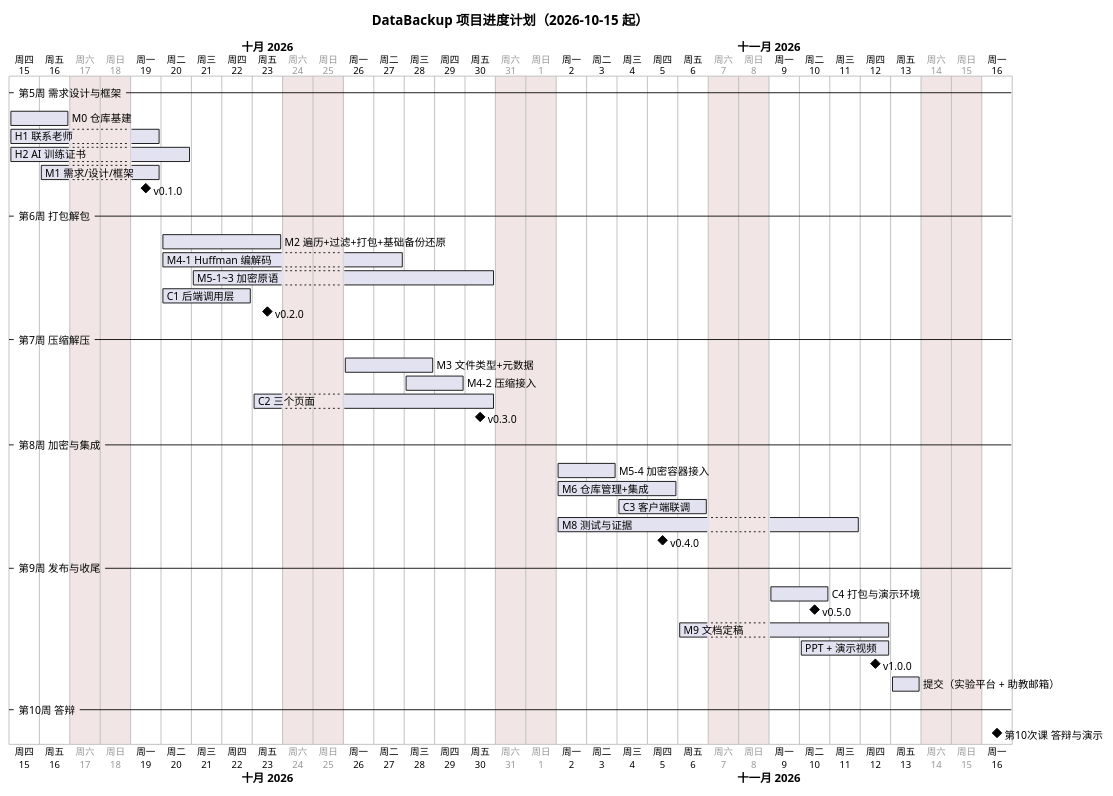
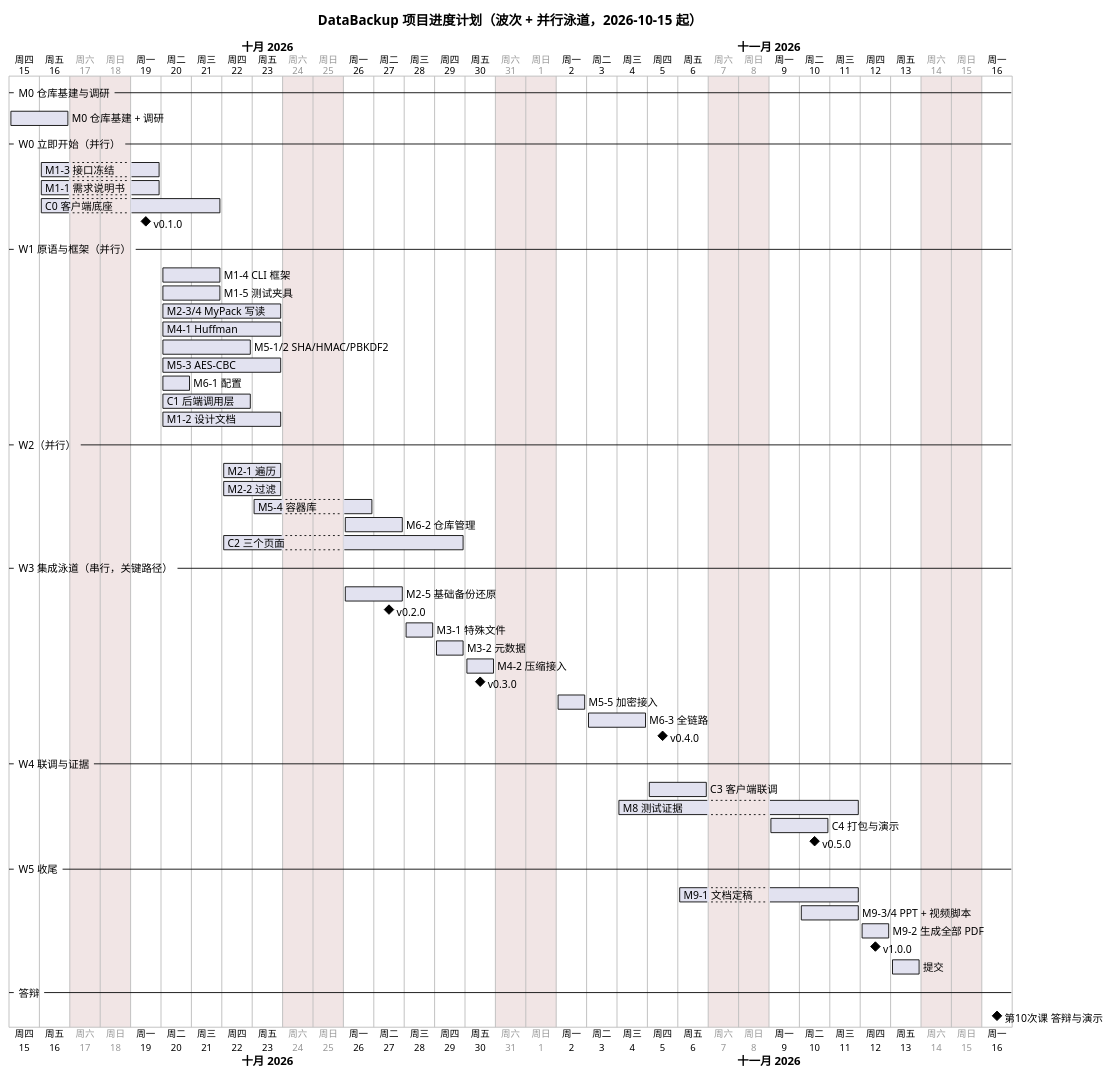
Before and after one commit to Piaoxuemoli/software-class-qoobeewang: the diagram in docs/project/diagrams/schedule-gantt.puml, drawn with PlantUML. The commit also changed 23 other files, not shown here.

```diff
--- a/docs/project/diagrams/schedule-gantt.puml
+++ b/docs/project/diagrams/schedule-gantt.puml
@@ -1,46 +1,62 @@
 @startgantt
-title DataBackup 项目进度计划（2026-10-15 起）
+title DataBackup 项目进度计划（波次 + 并行泳道，2026-10-15 起）
 language zh
 printscale daily zoom 2
 saturday are closed
 sunday are closed
 Project starts 2026-10-15
 
--- 第5周 需求设计与框架 --
-[M0 仓库基建] starts 2026-10-15 and ends 2026-10-16
-[H1 联系老师] starts 2026-10-15 and ends 2026-10-19
-[H2 AI 训练证书] starts 2026-10-15 and ends 2026-10-20
-[M1 需求/设计/框架] starts 2026-10-16 and ends 2026-10-19
+-- M0 仓库基建与调研 --
+[M0 仓库基建 + 调研] starts 2026-10-15 and ends 2026-10-16
+
+-- W0 立即开始（并行） --
+[M1-3 接口冻结] starts 2026-10-16 and ends 2026-10-19
+[M1-1 需求说明书] starts 2026-10-16 and ends 2026-10-19
+[C0 客户端底座] starts 2026-10-16 and ends 2026-10-21
 [v0.1.0] happens 2026-10-19
 
--- 第6周 打包解包 --
-[M2 遍历+过滤+打包+基础备份还原] starts 2026-10-20 and ends 2026-10-23
-[M4-1 Huffman 编解码] starts 2026-10-20 and ends 2026-10-27
-[M5-1~3 加密原语] starts 2026-10-21 and ends 2026-10-30
+-- W1 原语与框架（并行） --
+[M1-4 CLI 框架] starts 2026-10-20 and ends 2026-10-21
+[M1-5 测试夹具] starts 2026-10-20 and ends 2026-10-21
+[M2-3/4 MyPack 写读] starts 2026-10-20 and ends 2026-10-23
+[M4-1 Huffman] starts 2026-10-20 and ends 2026-10-23
+[M5-1/2 SHA/HMAC/PBKDF2] starts 2026-10-20 and ends 2026-10-22
+[M5-3 AES-CBC] starts 2026-10-20 and ends 2026-10-23
+[M6-1 配置] starts 2026-10-20 and ends 2026-10-20
 [C1 后端调用层] starts 2026-10-20 and ends 2026-10-22
-[v0.2.0] happens 2026-10-23
+[M1-2 设计文档] starts 2026-10-20 and ends 2026-10-23
 
--- 第7周 压缩解压 --
-[M3 文件类型+元数据] starts 2026-10-26 and ends 2026-10-28
-[M4-2 压缩接入] starts 2026-10-28 and ends 2026-10-29
-[C2 三个页面] starts 2026-10-23 and ends 2026-10-30
+-- W2（并行） --
+[M2-1 遍历] starts 2026-10-22 and ends 2026-10-23
+[M2-2 过滤] starts 2026-10-22 and ends 2026-10-23
+[M5-4 容器库] starts 2026-10-23 and ends 2026-10-26
+[M6-2 仓库管理] starts 2026-10-26 and ends 2026-10-27
+[C2 三个页面] starts 2026-10-22 and ends 2026-10-29
+
+-- W3 集成泳道（串行，关键路径） --
+[M2-5 基础备份还原] starts 2026-10-26 and ends 2026-10-27
+[v0.2.0] happens 2026-10-27
+[M3-1 特殊文件] starts 2026-10-28 and ends 2026-10-28
+[M3-2 元数据] starts 2026-10-29 and ends 2026-10-29
+[M4-2 压缩接入] starts 2026-10-30 and ends 2026-10-30
 [v0.3.0] happens 2026-10-30
-
--- 第8周 加密与集成 --
-[M5-4 加密容器接入] starts 2026-11-02 and ends 2026-11-03
-[M6 仓库管理+集成] starts 2026-11-02 and ends 2026-11-05
-[C3 客户端联调] starts 2026-11-04 and ends 2026-11-06
-[M8 测试与证据] starts 2026-11-02 and ends 2026-11-11
+[M5-5 加密接入] starts 2026-11-02 and ends 2026-11-02
+[M6-3 全链路] starts 2026-11-03 and ends 2026-11-04
 [v0.4.0] happens 2026-11-05
 
--- 第9周 发布与收尾 --
-[C4 打包与演示环境] starts 2026-11-09 and ends 2026-11-10
+-- W4 联调与证据 --
+[C3 客户端联调] starts 2026-11-05 and ends 2026-11-06
+[M8 测试证据] starts 2026-11-04 and ends 2026-11-11
+[C4 打包与演示] starts 2026-11-09 and ends 2026-11-10
 [v0.5.0] happens 2026-11-10
-[M9 文档定稿] starts 2026-11-06 and ends 2026-11-12
-[PPT + 演示视频] starts 2026-11-10 and ends 2026-11-12
+
+-- W5 收尾 --
+[M9-1 文档定稿] starts 2026-11-06 and ends 2026-11-11
+[M9-3/4 PPT + 视频脚本] starts 2026-11-10 and ends 2026-11-11
+[M9-2 生成全部 PDF] starts 2026-11-12 and ends 2026-11-12
 [v1.0.0] happens 2026-11-12
-[提交（实验平台 + 助教邮箱）] starts 2026-11-13 and ends 2026-11-13
+[提交] starts 2026-11-13 and ends 2026-11-13
 
--- 第10周 答辩 --
+-- 答辩 --
 [第10次课 答辩与演示] happens 2026-11-16
 @endgantt
```
